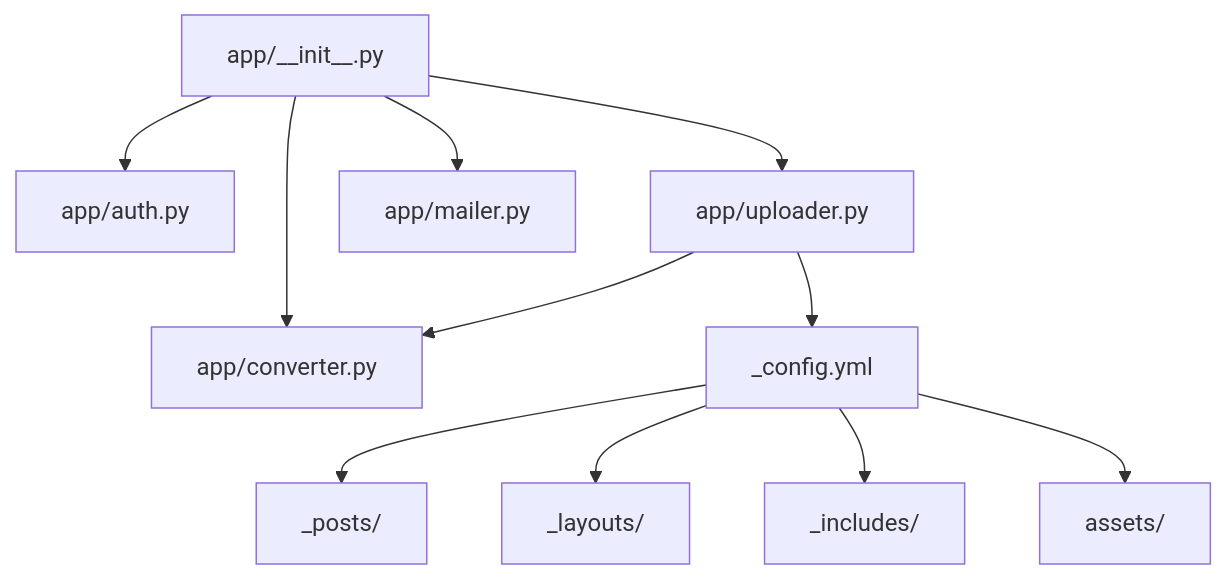
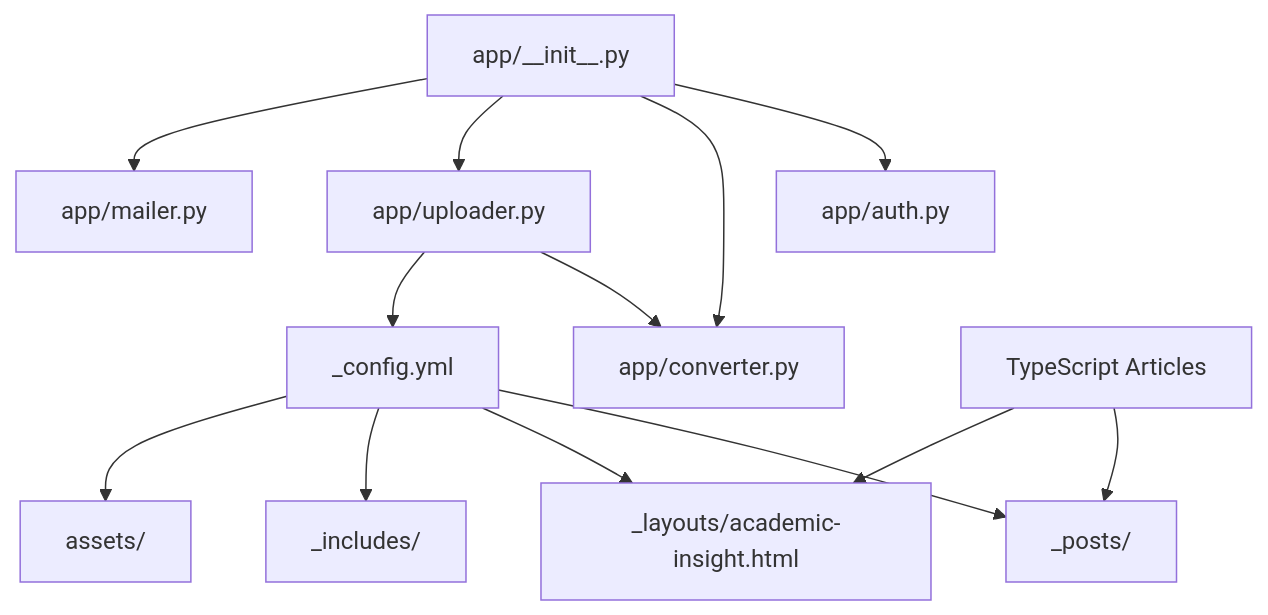
The seventh of 7 diagrams in .qoder/repowiki/en/content/Frontend Application/Article Presentation System/TypeScript as JavaScript's Superset.md (PolarisW007/PolaZhenJing), drawn with Mermaid before and after one commit. The commit also changed other lines of this file and 7 other files, not shown here.

````diff
--- a/.qoder/repowiki/en/content/Frontend Application/Article Presentation System/TypeScript as JavaScript's Superset.md
+++ b/.qoder/repowiki/en/content/Frontend Application/Article Presentation System/TypeScript as JavaScript's Superset.md
@@ -262,13 +339,15 @@
 ```mermaid
 graph TB
 Init["app/__init__.py"] --> Auth["app/auth.py"]
 Init --> Conv["app/converter.py"]
 Init --> Up["app/uploader.py"]
 Init --> Mail["app/mailer.py"]
 Up --> Conv
 Up --> Jekyll["_config.yml"]
 Jekyll --> Posts["_posts/"]
-Jekyll --> Layouts["_layouts/"]
+Jekyll --> Layouts["_layouts/academic-insight.html"]
 Jekyll --> Includes["_includes/"]
 Jekyll --> Assets["assets/"]
+TS["TypeScript Articles"] --> Posts
+TS --> Layouts
 ```
````
